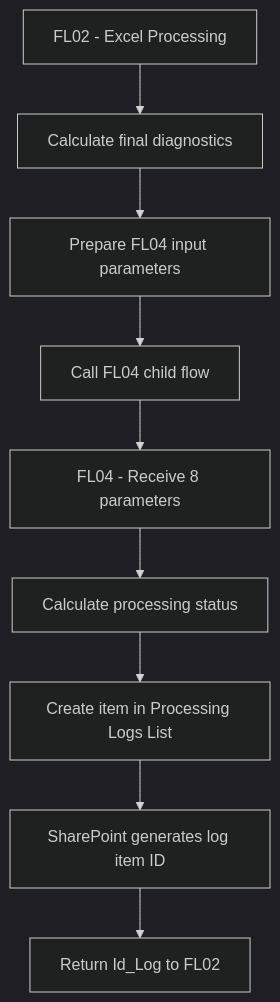
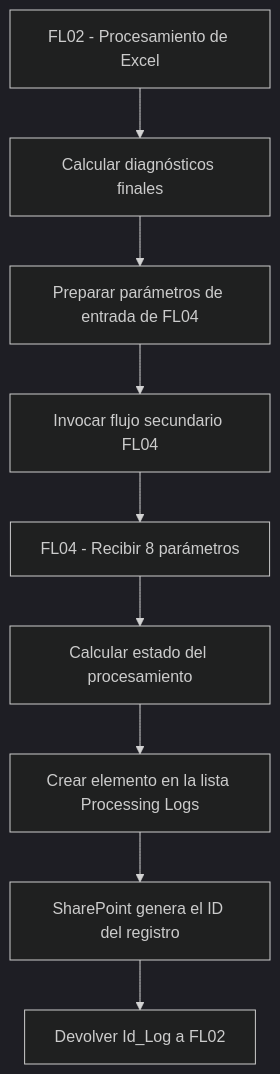
One commit to smartinmunoz/power-platform-portfolio-es changed the diagram in Power-Automate/SharePoint-Excel-Automation/Sharepoint/lists/processing-logs.md. Above: the diagram before and after it, drawn with Mermaid (dark theme). The commit also changed other lines of this file, not shown here.

First line of the commit message:
docs: translate SharePoint processing logs to Spanish

````diff
--- a/Power-Automate/SharePoint-Excel-Automation/Sharepoint/lists/processing-logs.md
+++ b/Power-Automate/SharePoint-Excel-Automation/Sharepoint/lists/processing-logs.md
@@ -162,23 +160,21 @@
 ```mermaid
-
 flowchart TD
-    A["FL02 - Excel Processing"]
-    B["Calculate final diagnostics"]
-    C["Prepare FL04 input parameters"]
-    D["Call FL04 child flow"]
-    E["FL04 - Receive 8 parameters"]
-    F["Calculate processing status"]
-    G["Create item in Processing Logs List"]
-    H["SharePoint generates log item ID"]
-    I["Return Id_Log to FL02"]
+    A["FL02 - Procesamiento de Excel"]
+    B["Calcular diagnósticos finales"]
+    C["Preparar parámetros de entrada de FL04"]
+    D["Invocar flujo secundario FL04"]
+    E["FL04 - Recibir 8 parámetros"]
+    F["Calcular estado del procesamiento"]
+    G["Crear elemento en la lista Processing Logs"]
+    H["SharePoint genera el ID del registro"]
+    I["Devolver Id_Log a FL02"]
 
     A --> B
     B --> C
     C --> D
     D --> E
     E --> F
     F --> G
     G --> H
     H --> I
-
 ```
````
